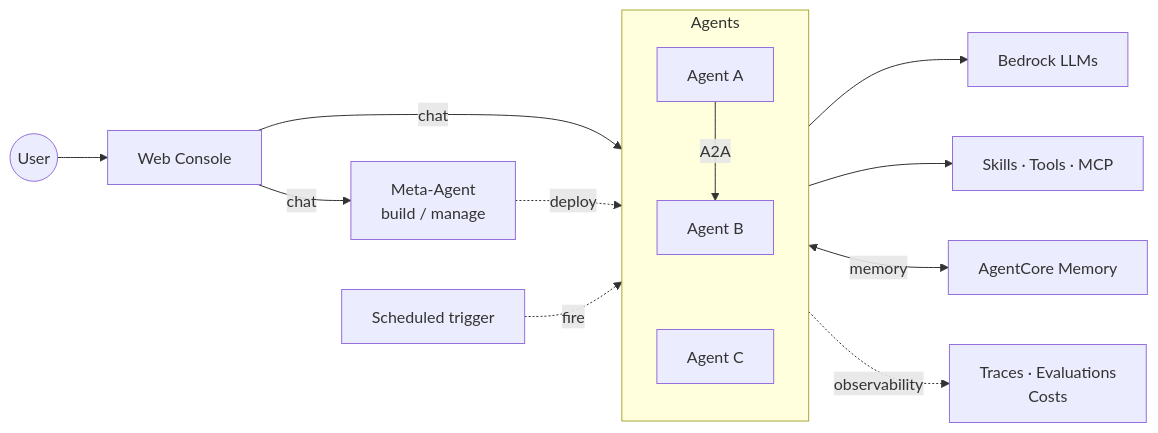
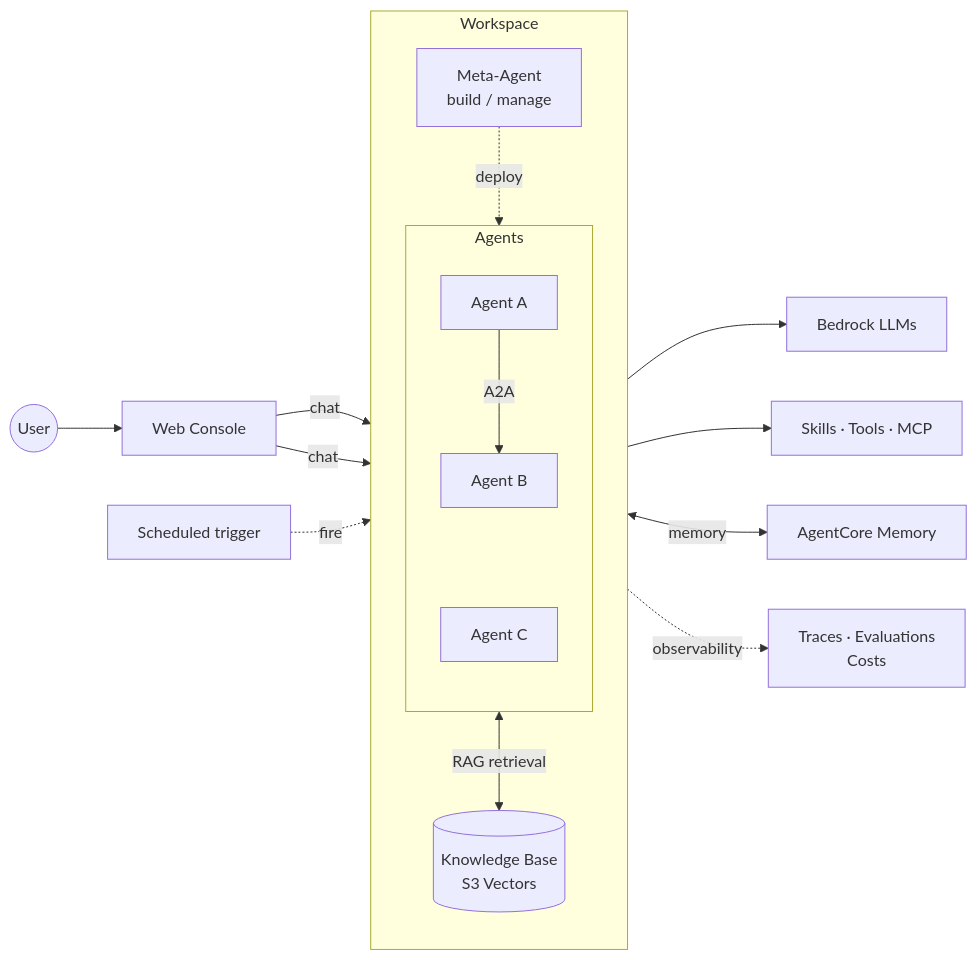
Before and after one commit to ddpie/agent-studio: the second of 2 diagrams in README.md, drawn with Mermaid. The commit also changed other lines of this file, not shown here.

Commit message:
docs(readme): add Workspace boundary and Knowledge Base to architecture diagram
Architecture mermaid now shows a Workspace subgraph wrapping Meta-Agent,
Agents, and KB (S3 Vectors), with a RAG retrieval edge from Agents to KB.

````diff
--- a/README.md
+++ b/README.md
@@ -208,20 +214,26 @@
 ```mermaid
 graph LR
     User((User)) --> Web[Web Console]
     Cron[Scheduled trigger]
-    Web -->|chat| Meta[Meta-Agent<br/>build / manage]
 
-    subgraph Agents
+    subgraph Workspace
         direction TB
-        A1[Agent A] -->|A2A| A2[Agent B]
-        A2 ~~~ A3[Agent C]
+        Meta[Meta-Agent<br/>build / manage]
+        subgraph Agents
+            direction TB
+            A1[Agent A] -->|A2A| A2[Agent B]
+            A2 ~~~ A3[Agent C]
+        end
+        KB[(Knowledge Base<br/>S3 Vectors)]
     end
 
+    Web -->|chat| Meta
     Web -->|chat| Agents
     Meta -.deploy.-> Agents
     Cron -.fire.-> Agents
     Agents --> LLM[Bedrock LLMs]
     Agents --> Ext[Skills · Tools · MCP]
+    Agents <-->|RAG retrieval| KB
     Agents <-->|memory| Mem[AgentCore Memory]
     Agents -.observability.-> Obs[Traces · Evaluations<br/>Costs]
 ```
````
